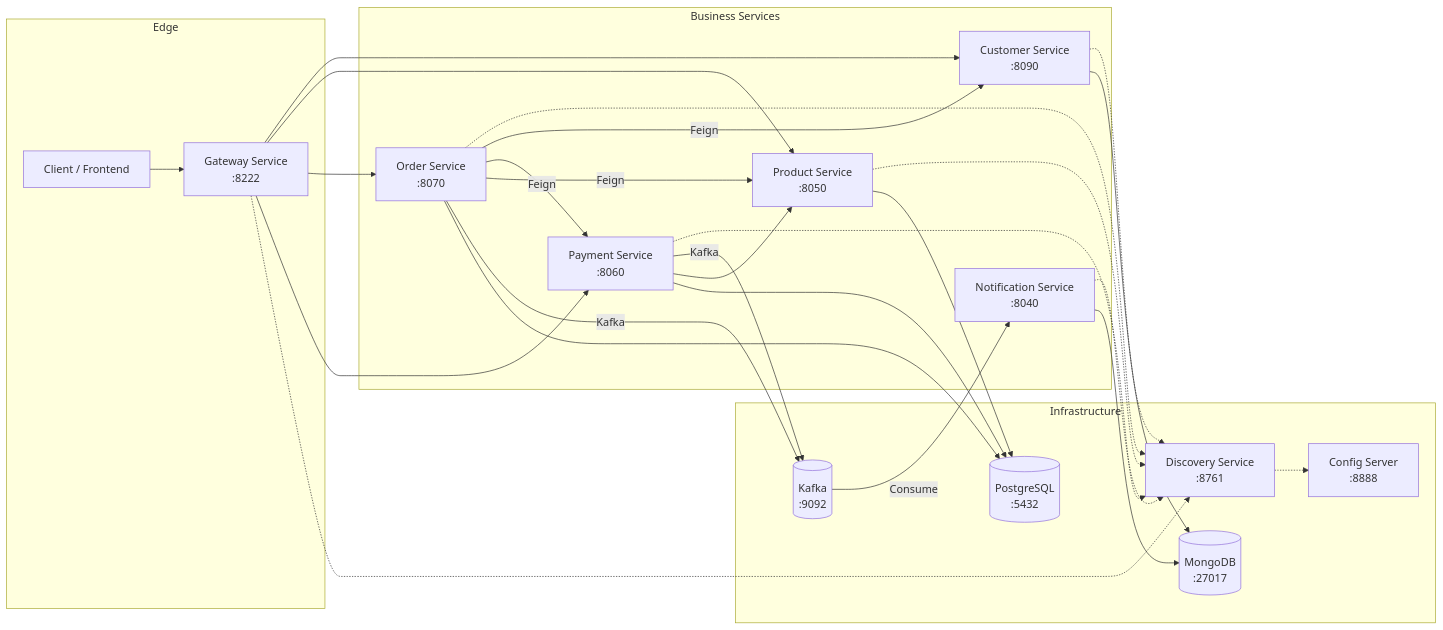
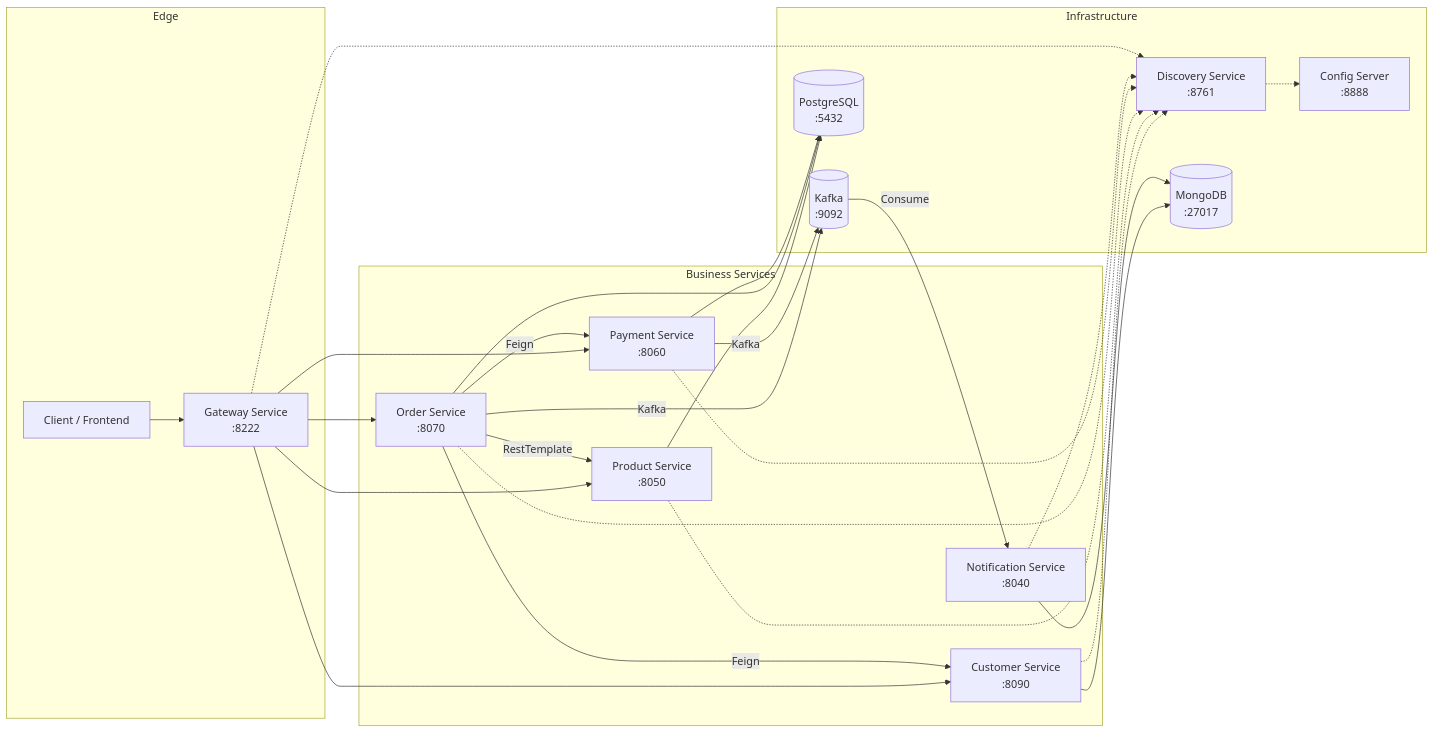
The diagram in docs/architecture.md (Iyedchaabane/microservices-ecommerce-platform), drawn with Mermaid before and after one commit. The commit also changed other lines of this file, not shown here.

Commit message:
docs(architecture): remove stale Product‑→‑Payment Feign description

````diff
--- a/docs/architecture.md
+++ b/docs/architecture.md
@@ -25,50 +25,49 @@
 ```mermaid
 flowchart LR
     subgraph Edge
         CLIENT[Client / Frontend]
         GW[Gateway Service<br>:8222]
     end
 
     subgraph Infrastructure
         CS[Config Server<br>:8888]
         DIS[Discovery Service<br>:8761]
         KAFKA[(Kafka<br>:9092)]
         PG[(PostgreSQL<br>:5432)]
         MONGO[(MongoDB<br>:27017)]
     end
 
     subgraph Business Services
         CUST[Customer Service<br>:8090]
         PROD[Product Service<br>:8050]
         ORDER[Order Service<br>:8070]
         PAY[Payment Service<br>:8060]
         NOTIF[Notification Service<br>:8040]
     end
 
     CLIENT --> GW
     GW --> CUST
     GW --> PROD
     GW --> ORDER
     GW --> PAY
 
     CUST -.-> DIS
     PROD -.-> DIS
     ORDER -.-> DIS
     PAY -.-> DIS
     NOTIF -.-> DIS
     GW -.-> DIS
     DIS -.-> CS
 
     ORDER -->|Feign| CUST
     ORDER -->|Feign| PAY
-    ORDER -->|Feign| PROD
+    ORDER -->|RestTemplate| PROD
     ORDER -->|Kafka| KAFKA
     PAY -->|Kafka| KAFKA
     KAFKA -->|Consume| NOTIF
-    PAY --> PROD
     PROD --> PG
     ORDER --> PG
     PAY --> PG
     CUST --> MONGO
     NOTIF --> MONGO
 ```
````
